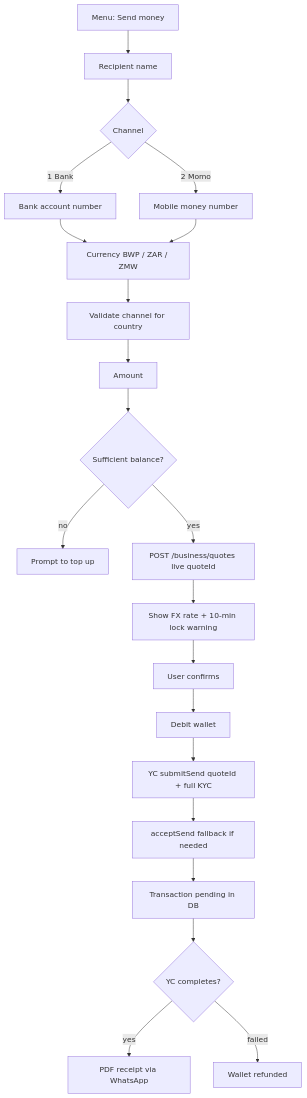
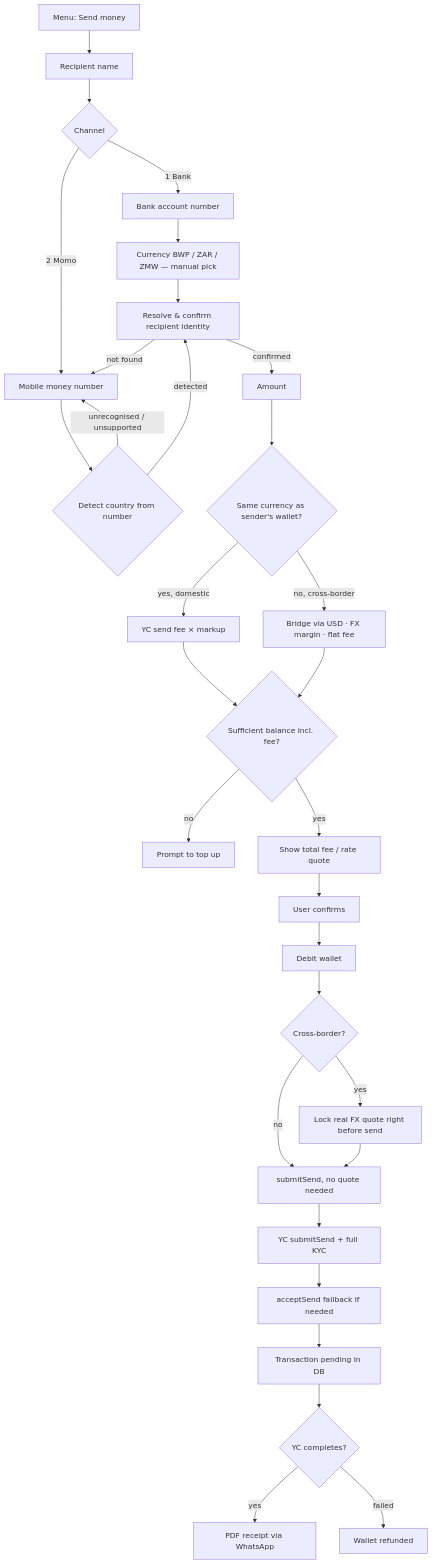
The third of 4 diagrams in README.md (Brusselsmara/whatsapp-bot-automated), drawn with Mermaid before and after one commit. The commit also changed other lines of this file and 8 other files, not shown here.

First line of the commit message:
Add recipient verification and home-wallet cross-currency payouts.

````diff
--- a/README.md
+++ b/README.md
@@ -276,23 +279,33 @@
 ```mermaid
 flowchart TD
     A[Menu: Send money] --> B[Recipient name]
     B --> C{Channel}
     C -->|1 Bank| D[Bank account number]
     C -->|2 Momo| E[Mobile money number]
-    D --> F[Currency BWP / ZAR / ZMW]
-    E --> F
-    F --> G[Validate channel for country]
-    G --> H[Amount]
-    H --> I{Sufficient balance?}
-    I -->|no| J[Prompt to top up]
-    I -->|yes| Q[POST /business/quotes live quoteId]
-    Q --> R[Show FX rate + 10-min lock warning]
-    R --> S[User confirms]
-    S --> K[Debit wallet]
-    K --> L[YC submitSend quoteId + full KYC]
-    L --> M[acceptSend fallback if needed]
-    M --> N[Transaction pending in DB]
-    N --> O{YC completes?}
-    O -->|yes| P[PDF receipt via WhatsApp]
-    O -->|failed| T[Wallet refunded]
+    D --> F[Currency BWP / ZAR / ZMW — manual pick]
+    E --> G{Detect country from number}
+    G -->|unrecognised / unsupported| E
+    G -->|detected| H2[Resolve & confirm recipient identity]
+    F --> H2
+    H2 -->|not found| E
+    H2 -->|confirmed| H[Amount]
+    H --> I{Same currency as sender's wallet?}
+    I -->|yes, domestic| J[YC send fee × markup]
+    I -->|no, cross-border| K[Bridge via USD · FX margin · flat fee]
+    J --> L{Sufficient balance incl. fee?}
+    K --> L
+    L -->|no| M[Prompt to top up]
+    L -->|yes| N[Show total fee / rate quote]
+    N --> O[User confirms]
+    O --> P[Debit wallet]
+    P --> Q{Cross-border?}
+    Q -->|yes| R[Lock real FX quote right before send]
+    Q -->|no| S[submitSend, no quote needed]
+    R --> S
+    S --> T[YC submitSend + full KYC]
+    T --> U[acceptSend fallback if needed]
+    U --> V[Transaction pending in DB]
+    V --> W{YC completes?}
+    W -->|yes| X[PDF receipt via WhatsApp]
+    W -->|failed| Y[Wallet refunded]
 ```
````
